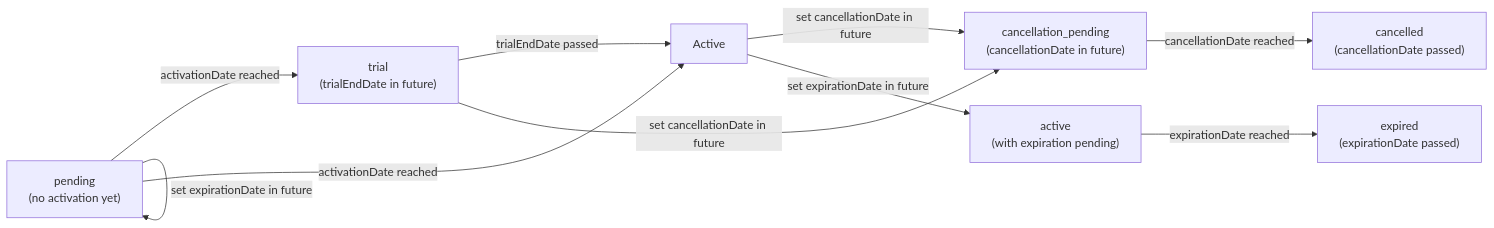
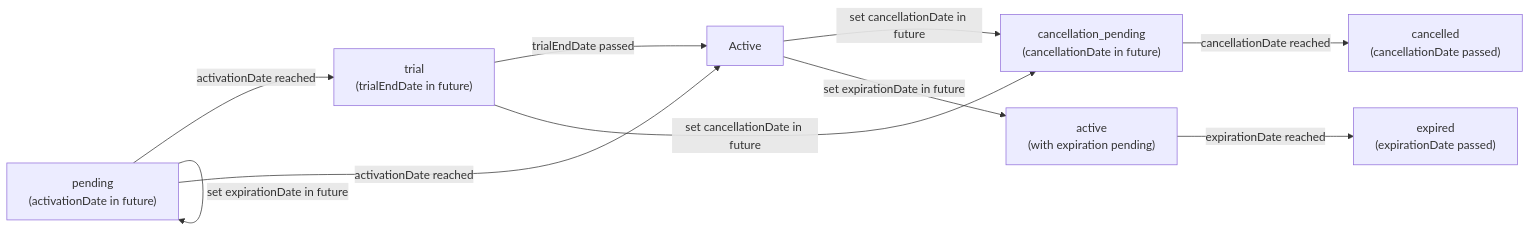
One commit to subscrio/docs changed the diagram in docs/reference/subscription-lifecycle.md. Above: the diagram before and after it, drawn with Mermaid. The commit also changed other lines of this file and 19 other files, not shown here.

````diff
--- a/docs/reference/subscription-lifecycle.md
+++ b/docs/reference/subscription-lifecycle.md
@@ -35,14 +35,14 @@
 ```mermaid
 flowchart LR
-    Pending["pending\n(no activation yet)"] -->|activationDate reached| Trial
+    Pending["pending\n(activationDate in future)"] -->|activationDate reached| Trial
     Pending -->|activationDate reached| Active
     Trial["trial\n(trialEndDate in future)"] -->|trialEndDate passed| Active
     Active -->|set cancellationDate in future| CancelPending
     Trial -->|set cancellationDate in future| CancelPending
     CancelPending["cancellation_pending\n(cancellationDate in future)"] -->|cancellationDate reached| Cancelled
     Active -->|set expirationDate in future| ActiveExp
     ActiveExp["active\n(with expiration pending)"] -->|expirationDate reached| Expired
     Pending -->|set expirationDate in future| Pending
     Expired["expired\n(expirationDate passed)"]
     Cancelled["cancelled\n(cancellationDate passed)"]
 ```
````
